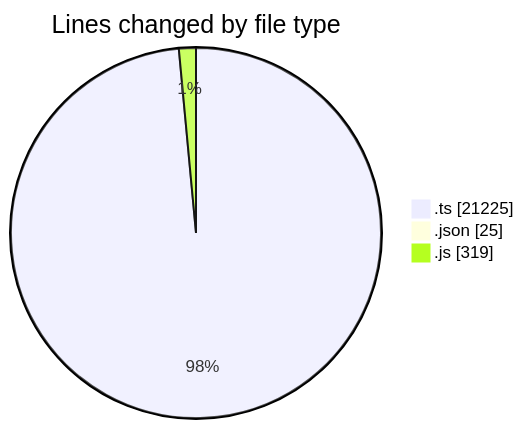
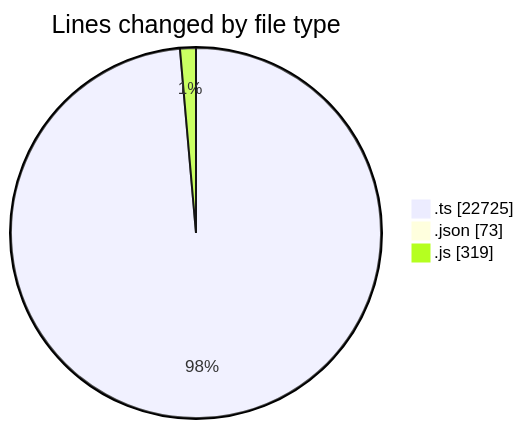
One commit to momahboobian/code-tracking changed the first of 2 diagrams in 2025-09-10/cda/README.md. Above: the diagram before and after it, drawn with Mermaid. The commit also changed other lines of this file and 1 other file, not shown here.

````diff
--- a/2025-09-10/cda/README.md
+++ b/2025-09-10/cda/README.md
@@ -28,7 +30,7 @@
 ```mermaid
 pie showData
 title Lines changed by file type
-".ts" : 21225
-".json" : 25
+".ts" : 22725
+".json" : 73
 ".js" : 319
 ```
````
